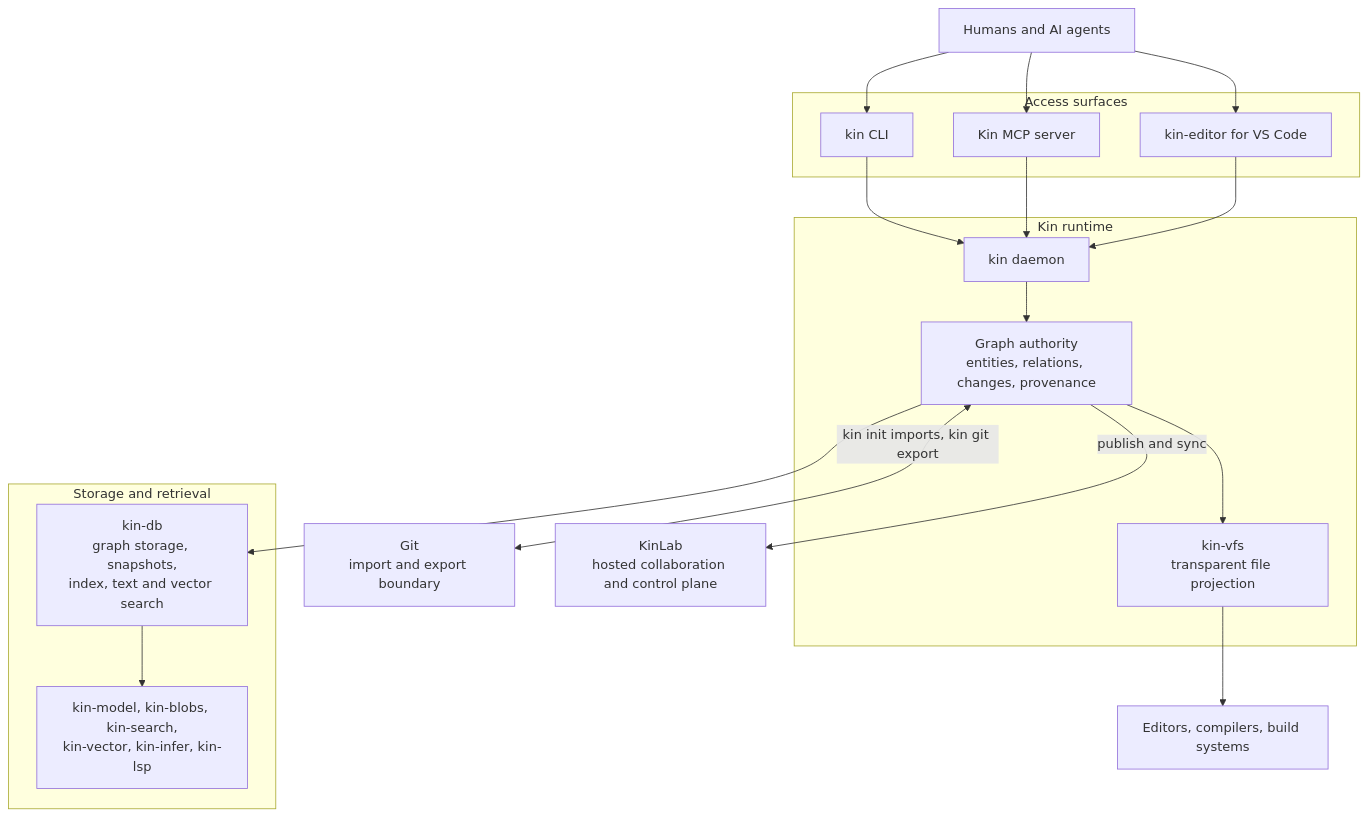
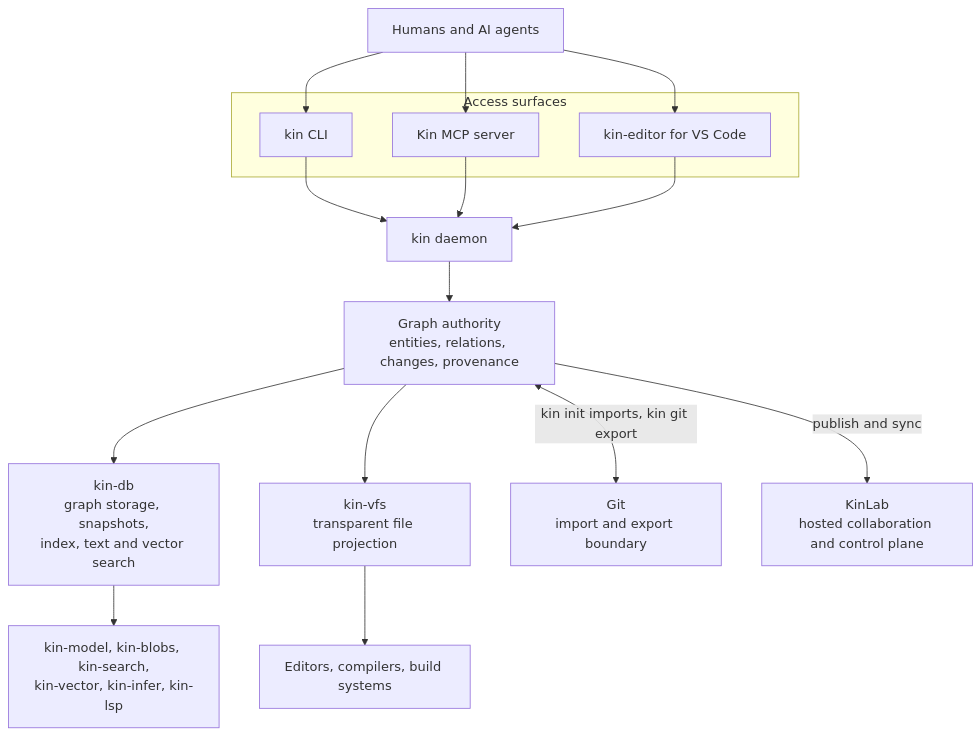
One commit to firelock-ai/kin changed the diagram in README.md. Above: the diagram before and after it, drawn with Mermaid.

Commit message:
Drop the two clusters that distorted the README diagram layout
The runtime and storage clusters pushed the graph authority to one side and
kin-db to the other, so the edge between them was routed as a long horizontal
line through the Git and KinLab boxes. Rendered on GitHub that looked like an
edge chaining those two into kin-db. Without those clusters the same nodes and
the same edges lay out as short diagonals from one hub, which is what the text
already describes. The access-surfaces grouping stays because it rendered
without distortion.

````diff
--- a/README.md
+++ b/README.md
@@ -77,39 +77,33 @@
 ```mermaid
 flowchart TD
     people["Humans and AI agents"]
 
     subgraph surfaces["Access surfaces"]
         cli["kin CLI"]
         mcp["Kin MCP server"]
         editor["kin-editor for VS Code"]
     end
 
-    subgraph runtime["Kin runtime"]
-        daemon["kin daemon"]
-        authority["Graph authority<br/>entities, relations, changes, provenance"]
-        vfs["kin-vfs<br/>transparent file projection"]
-    end
-
-    subgraph layers["Storage and retrieval"]
-        db["kin-db<br/>graph storage, snapshots,<br/>index, text and vector search"]
-        prims["kin-model, kin-blobs, kin-search,<br/>kin-vector, kin-infer, kin-lsp"]
-    end
-
+    daemon["kin daemon"]
+    authority["Graph authority<br/>entities, relations, changes, provenance"]
+    db["kin-db<br/>graph storage, snapshots,<br/>index, text and vector search"]
+    prims["kin-model, kin-blobs, kin-search,<br/>kin-vector, kin-infer, kin-lsp"]
+    vfs["kin-vfs<br/>transparent file projection"]
     tools["Editors, compilers, build systems"]
     git["Git<br/>import and export boundary"]
     kinlab["KinLab<br/>hosted collaboration and control plane"]
 
     people --> cli
     people --> mcp
     people --> editor
     cli --> daemon
     mcp --> daemon
     editor --> daemon
     daemon --> authority
     authority --> db
     db --> prims
     authority <-->|"kin init imports, kin git export"| git
     authority -->|"publish and sync"| kinlab
     authority --> vfs
     vfs --> tools
 ```
````
